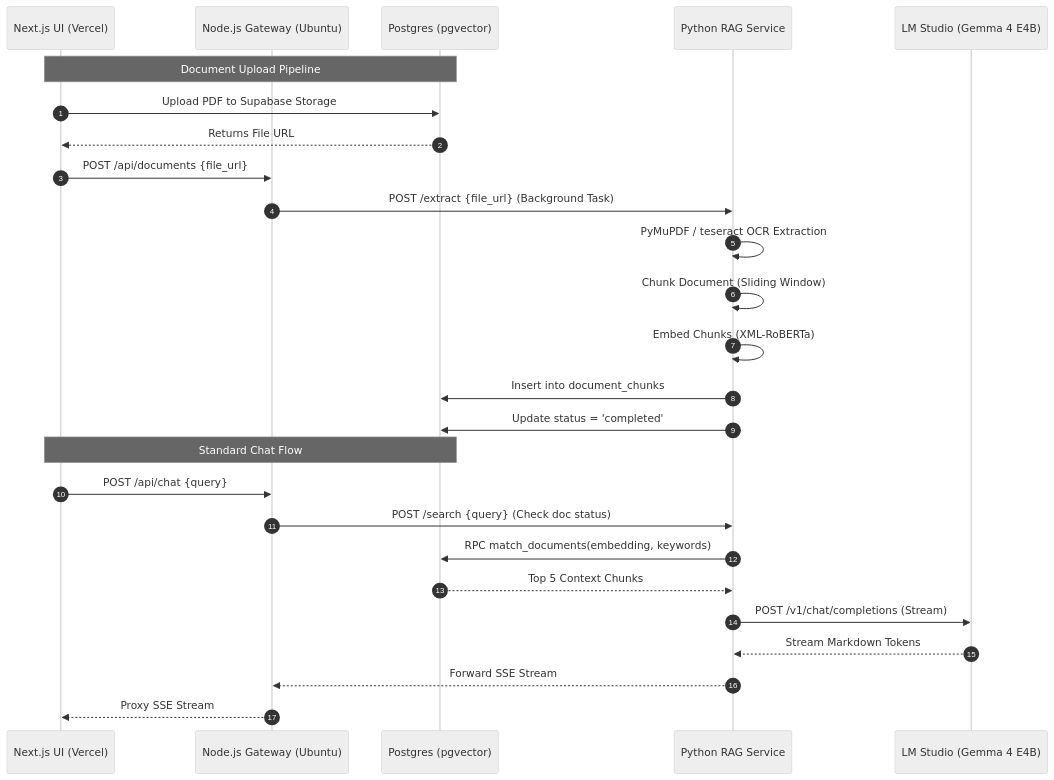
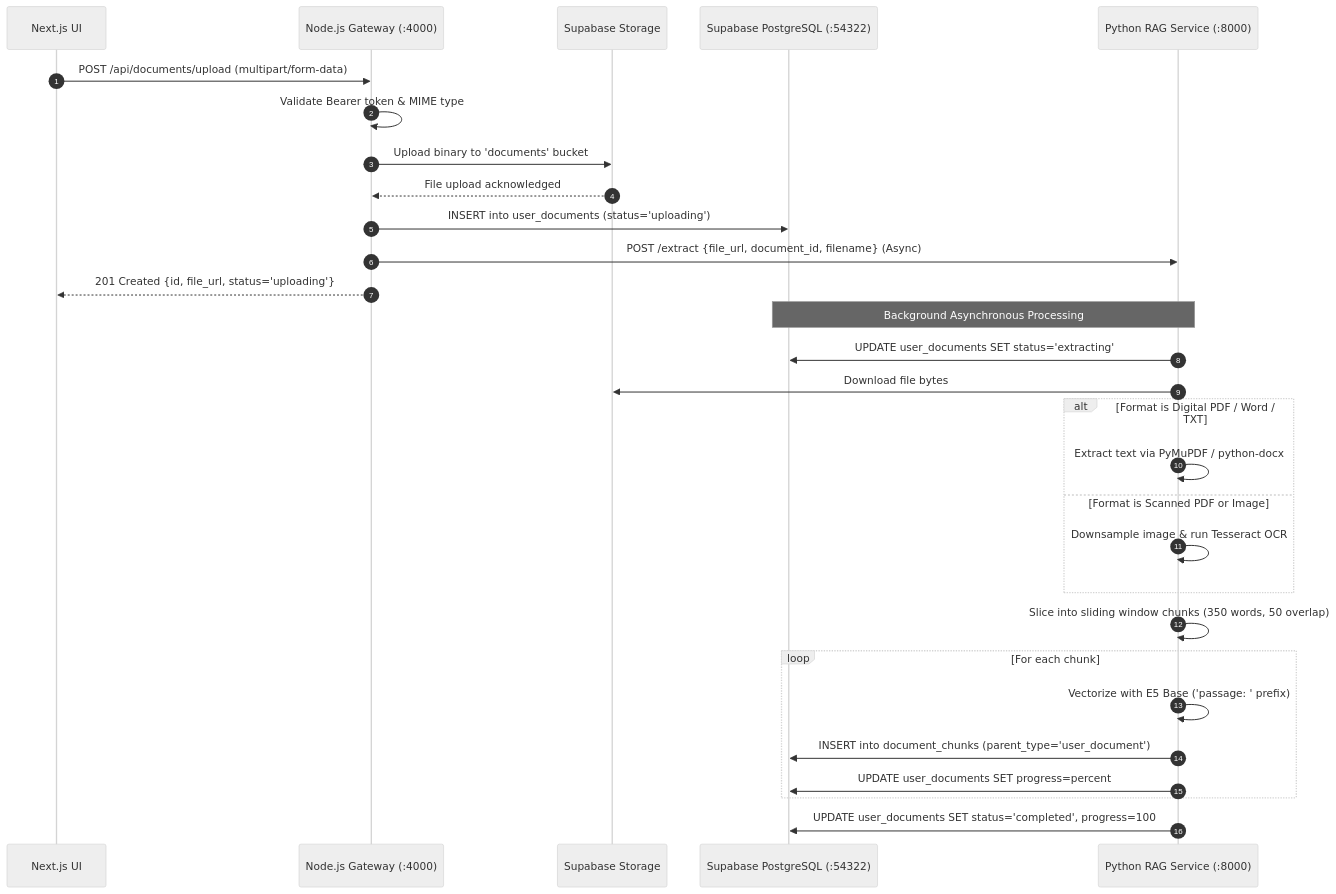
Before and after one commit to rencelibrando/civilex-thesis: the second of 3 diagrams in frontend/docs/ARCHITECTURE.md, drawn with Mermaid (neutral theme). The commit also changed other lines of this file and 20 other files, not shown here.

````diff
--- a/frontend/docs/ARCHITECTURE.md
+++ b/frontend/docs/ARCHITECTURE.md
@@ -23,32 +66,33 @@
 ```mermaid
 sequenceDiagram
     autonumber
-    participant Client as Next.js UI (Vercel)
-    participant Node as Node.js Gateway (Ubuntu)
-    participant DB as Postgres (pgvector)
-    participant FastAPI as Python RAG Service
-    participant LLM as LM Studio (Gemma 4 E4B)
+    participant Client as Next.js UI
+    participant Gateway as Node.js Gateway (:4000)
+    participant Storage as Supabase Storage
+    participant DB as Supabase PostgreSQL (:54322)
+    participant Python as Python RAG Service (:8000)
 
-    %% Document Upload Flow
-    Note over Client, DB: Document Upload Pipeline
-    Client->>DB: Upload PDF to Supabase Storage
-    DB-->>Client: Returns File URL
-    Client->>Node: POST /api/documents {file_url}
-    Node->>FastAPI: POST /extract {file_url} (Background Task)
-    FastAPI->>FastAPI: PyMuPDF / teseract OCR Extraction
-    FastAPI->>FastAPI: Chunk Document (Sliding Window)
-    FastAPI->>FastAPI: Embed Chunks (XML-RoBERTa)
-    FastAPI->>DB: Insert into document_chunks
-    FastAPI->>DB: Update status = 'completed'
+    Client->>Gateway: POST /api/documents/upload (multipart/form-data)
+    Gateway->>Gateway: Validate Bearer token & MIME type
+    Gateway->>Storage: Upload binary to 'documents' bucket
+    Storage-->>Gateway: File upload acknowledged
+    Gateway->>DB: INSERT into user_documents (status='uploading')
+    Gateway->>Python: POST /extract {file_url, document_id, filename} (Async)
+    Gateway-->>Client: 201 Created {id, file_url, status='uploading'}
 
-    %% Chat Flow
-    Note over Client, DB: Standard Chat Flow
-    Client->>Node: POST /api/chat {query}
-    Node->>FastAPI: POST /search {query} (Check doc status)
-    FastAPI->>DB: RPC match_documents(embedding, keywords)
-    DB-->>FastAPI: Top 5 Context Chunks
-    FastAPI->>LLM: POST /v1/chat/completions (Stream)
-    LLM-->>FastAPI: Stream Markdown Tokens
-    FastAPI-->>Node: Forward SSE Stream
-    Node-->>Client: Proxy SSE Stream
+    Note over Python, DB: Background Asynchronous Processing
+    Python->>DB: UPDATE user_documents SET status='extracting'
+    Python->>Storage: Download file bytes
+    alt Format is Digital PDF / Word / TXT
+        Python->>Python: Extract text via PyMuPDF / python-docx
+    else Format is Scanned PDF or Image
+        Python->>Python: Downsample image & run Tesseract OCR
+    end
+    Python->>Python: Slice into sliding window chunks (350 words, 50 overlap)
+    loop For each chunk
+        Python->>Python: Vectorize with E5 Base ('passage: ' prefix)
+        Python->>DB: INSERT into document_chunks (parent_type='user_document')
+        Python->>DB: UPDATE user_documents SET progress=percent
+    end
+    Python->>DB: UPDATE user_documents SET status='completed', progress=100
 ```
````
